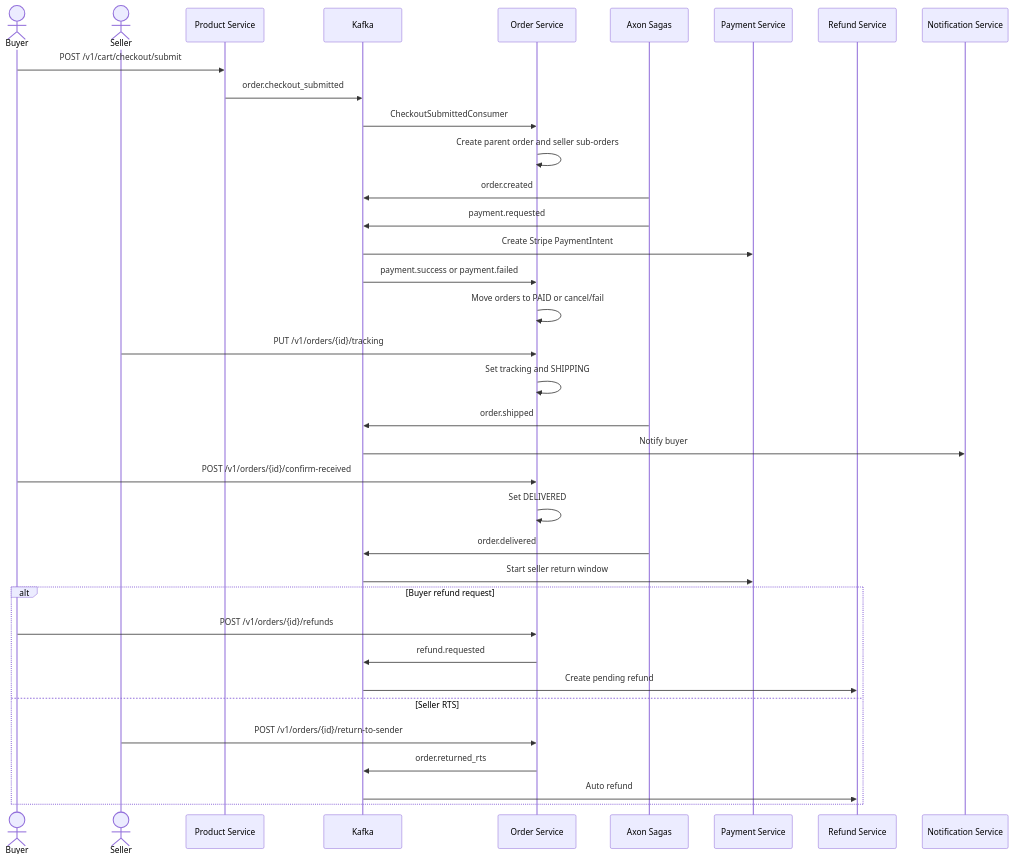
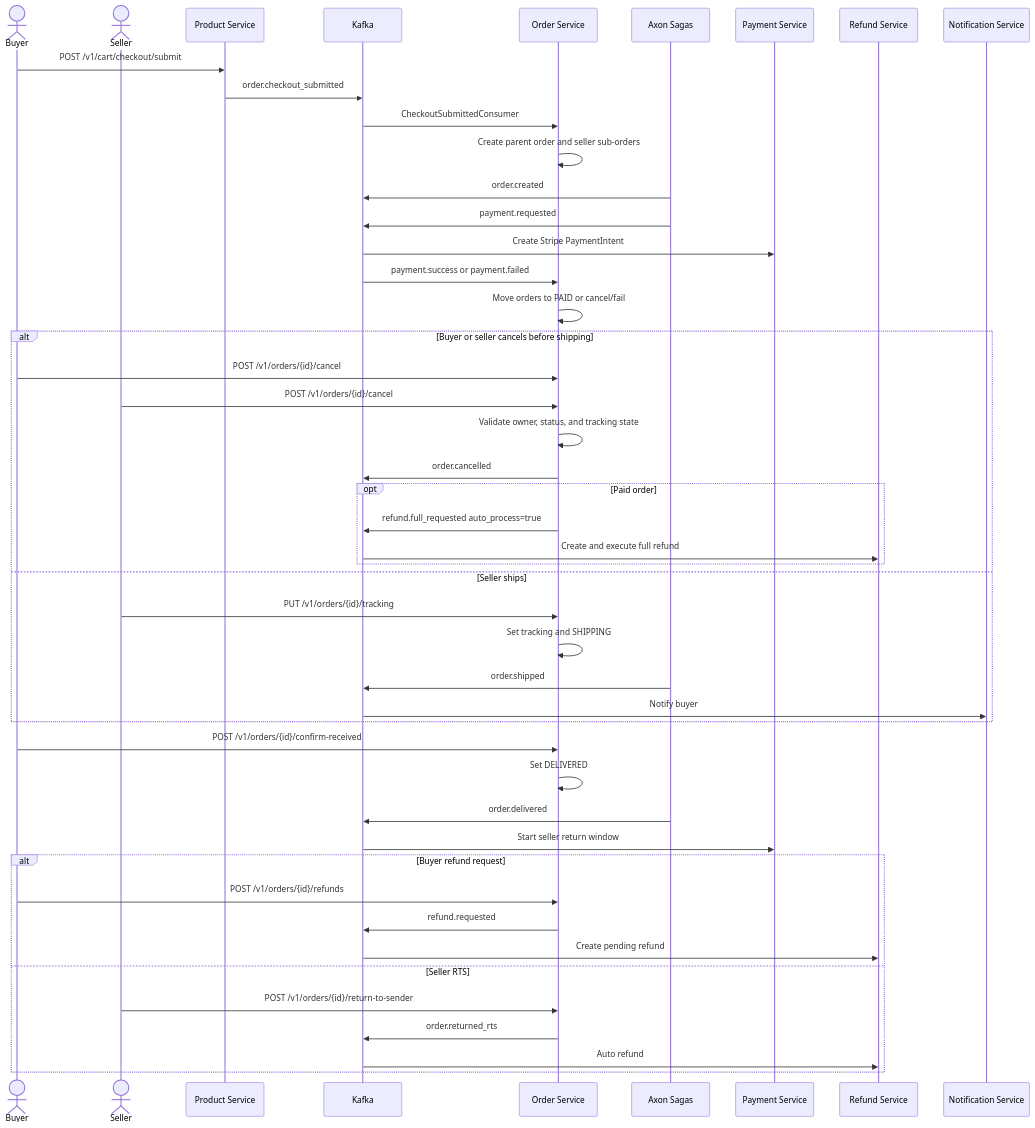
One commit to ldqanh1408/stealing-from-paradise changed the diagram in documents/flows/order-service/flow-order-lifecycle.md. Above: the diagram before and after it, drawn with Mermaid. The commit also changed other lines of this file and 324 other files, not shown here.

Commit message:
Update document metadata dates for use cases across order, payment, product, refund, and search services to 2026-06-09.

````diff
--- a/documents/flows/order-service/flow-order-lifecycle.md
+++ b/documents/flows/order-service/flow-order-lifecycle.md
@@ -19,43 +19,54 @@
 ```mermaid
 sequenceDiagram
     actor Buyer
     actor Seller
     participant Product as Product Service
     participant Kafka as Kafka
     participant Order as Order Service
     participant Saga as Axon Sagas
     participant Payment as Payment Service
     participant Refund as Refund Service
     participant Notif as Notification Service
 
     Buyer->>Product: POST /v1/cart/checkout/submit
     Product->>Kafka: order.checkout_submitted
     Kafka->>Order: CheckoutSubmittedConsumer
     Order->>Order: Create parent order and seller sub-orders
     Saga->>Kafka: order.created
     Saga->>Kafka: payment.requested
     Kafka->>Payment: Create Stripe PaymentIntent
 
     Kafka->>Order: payment.success or payment.failed
     Order->>Order: Move orders to PAID or cancel/fail
 
-    Seller->>Order: PUT /v1/orders/{id}/tracking
-    Order->>Order: Set tracking and SHIPPING
-    Saga->>Kafka: order.shipped
-    Kafka->>Notif: Notify buyer
+    alt Buyer or seller cancels before shipping
+        Buyer->>Order: POST /v1/orders/{id}/cancel
+        Seller->>Order: POST /v1/orders/{id}/cancel
+        Order->>Order: Validate owner, status, and tracking state
+        Order->>Kafka: order.cancelled
+        opt Paid order
+            Order->>Kafka: refund.full_requested auto_process=true
+            Kafka->>Refund: Create and execute full refund
+        end
+    else Seller ships
+        Seller->>Order: PUT /v1/orders/{id}/tracking
+        Order->>Order: Set tracking and SHIPPING
+        Saga->>Kafka: order.shipped
+        Kafka->>Notif: Notify buyer
+    end
 
     Buyer->>Order: POST /v1/orders/{id}/confirm-received
     Order->>Order: Set DELIVERED
     Saga->>Kafka: order.delivered
     Kafka->>Payment: Start seller return window
 
     alt Buyer refund request
         Buyer->>Order: POST /v1/orders/{id}/refunds
         Order->>Kafka: refund.requested
         Kafka->>Refund: Create pending refund
     else Seller RTS
         Seller->>Order: POST /v1/orders/{id}/return-to-sender
         Order->>Kafka: order.returned_rts
         Kafka->>Refund: Auto refund
     end
 ```
````
